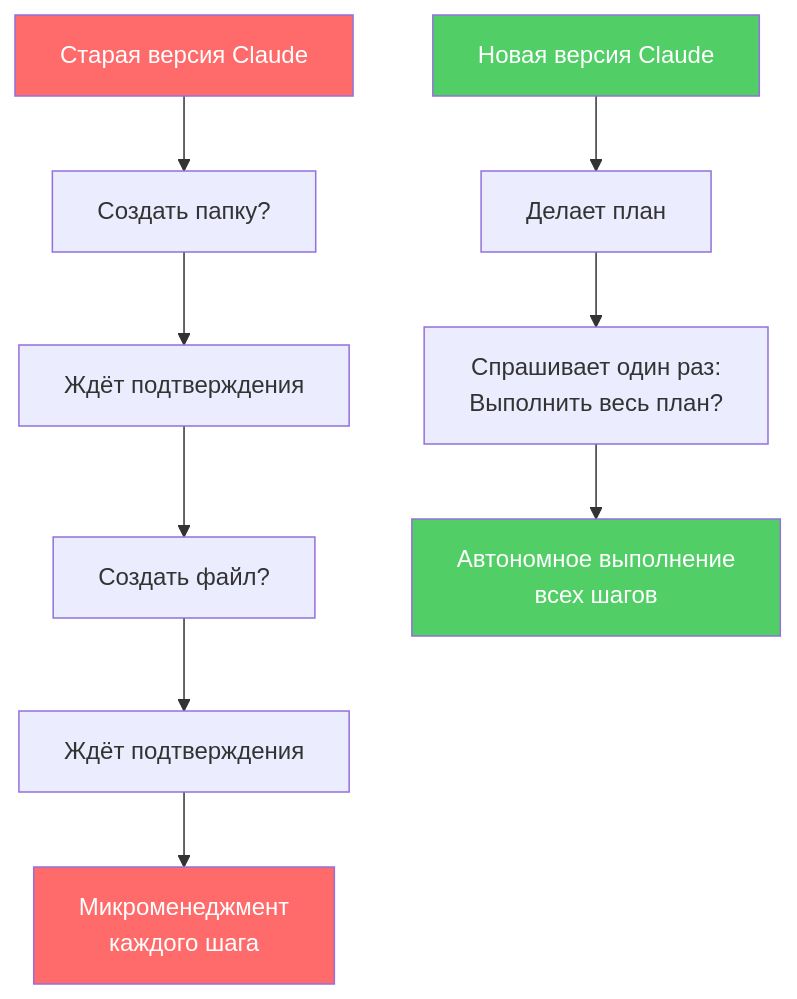
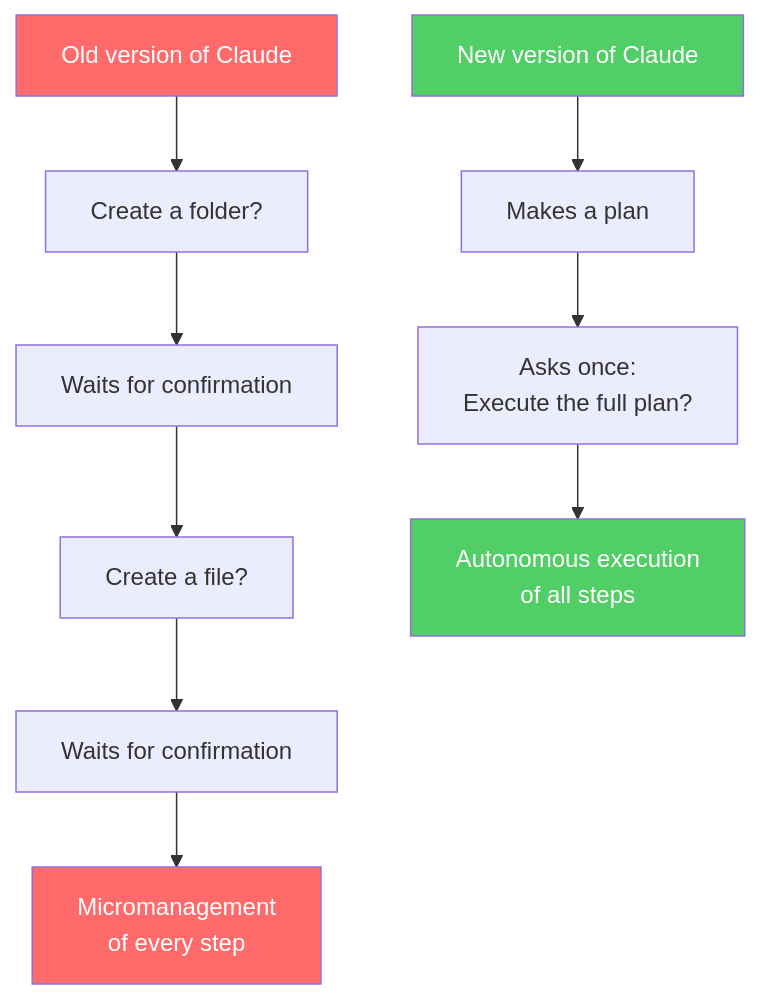
One commit to ad3002/masters-course-2025-vibe-coding changed diagram 15 of 16 in materials/workshop4.md. Above: the diagram before and after it, drawn with Mermaid. The commit also changed other lines of this file, not shown here.

````diff
--- a/materials/workshop4.md
+++ b/materials/workshop4.md
@@ -635,17 +635,17 @@
 ```mermaid
 graph TD
-    OLD[Старая версия Claude] --> ASK1[Создать папку?]
-    ASK1 --> WAIT1[Ждёт подтверждения]
-    WAIT1 --> ASK2[Создать файл?]
-    ASK2 --> WAIT2[Ждёт подтверждения]
-    WAIT2 --> MICRO[Микроменеджмент<br/>каждого шага]
+    OLD[Old version of Claude] --> ASK1[Create a folder?]
+    ASK1 --> WAIT1[Waits for confirmation]
+    WAIT1 --> ASK2[Create a file?]
+    ASK2 --> WAIT2[Waits for confirmation]
+    WAIT2 --> MICRO[Micromanagement<br/>of every step]
 
-    NEW[Новая версия Claude] --> PLAN[Делает план]
-    PLAN --> APPROVE[Спрашивает один раз:<br/>Выполнить весь план?]
-    APPROVE --> AUTO[Автономное выполнение<br/>всех шагов]
+    NEW[New version of Claude] --> PLAN[Makes a plan]
+    PLAN --> APPROVE[Asks once:<br/>Execute the full plan?]
+    APPROVE --> AUTO[Autonomous execution<br/>of all steps]
 
     style OLD fill:#ff6b6b,color:#fff
     style MICRO fill:#ff6b6b,color:#fff
     style NEW fill:#51cf66,color:#fff
     style AUTO fill:#51cf66,color:#fff
 ```
````
